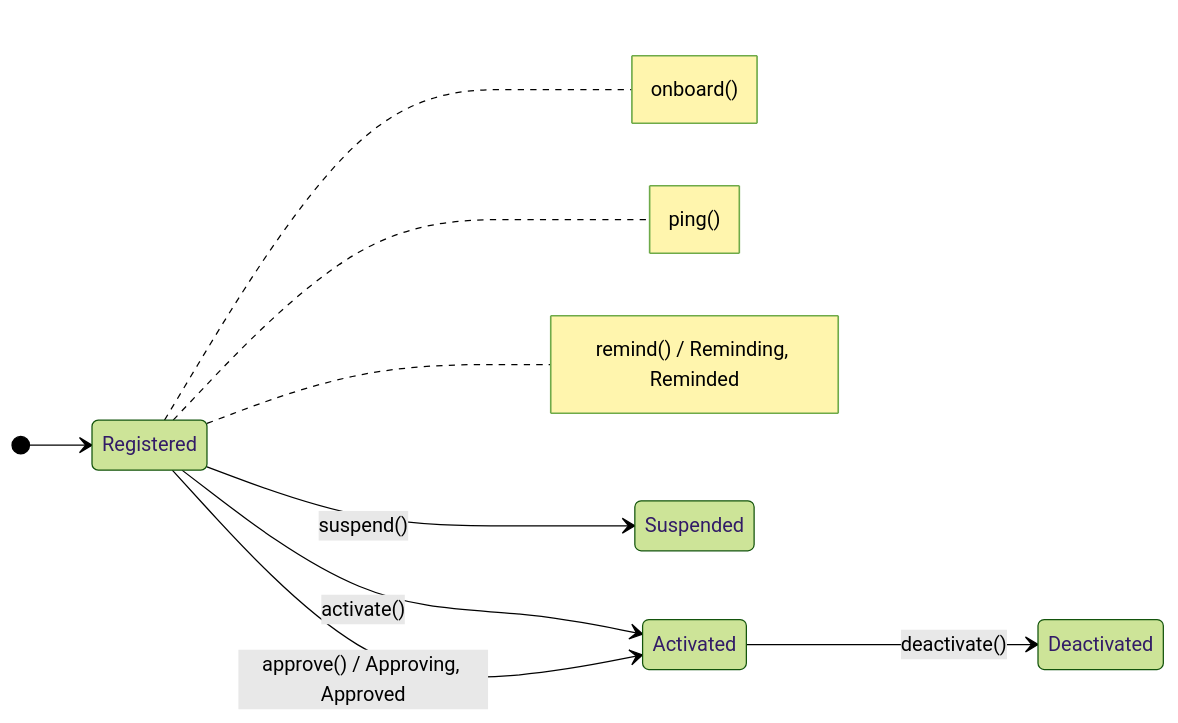
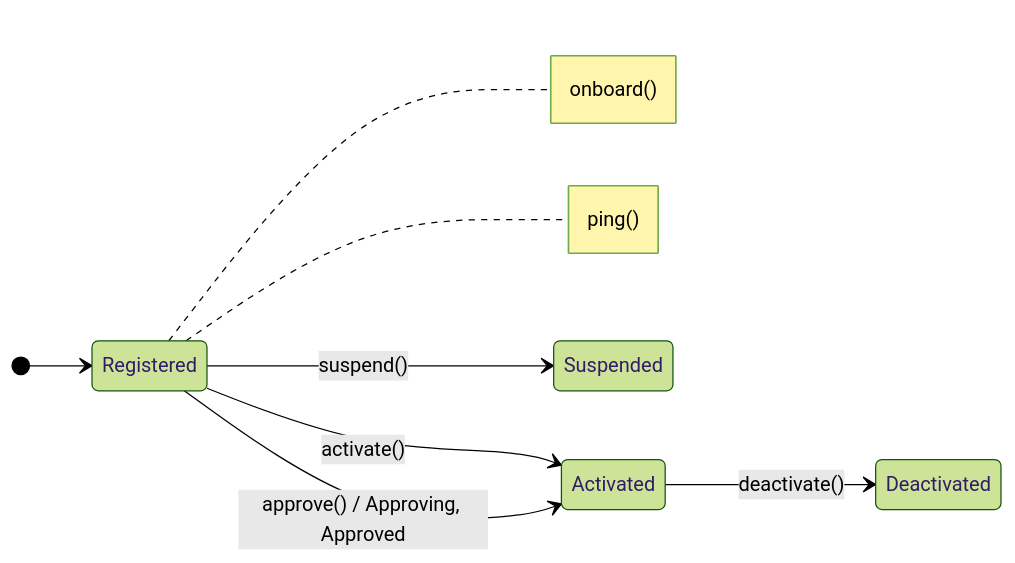
The second of 2 diagrams in README.md (AryeoHQ/eloquent-state-machines), drawn with Mermaid (forest theme) before and after one commit. The commit also changed other lines of this file and 37 other files, not shown here.

````diff
--- a/README.md
+++ b/README.md
@@ -479,12 +479,11 @@
 ```mermaid
 stateDiagram-v2
     direction LR
     [*] --> Registered
     note right of Registered: onboard()
     note right of Registered: ping()
-    note right of Registered: remind() / Reminding, Reminded
     Registered --> Activated: activate()
     Registered --> Activated: approve() / Approving, Approved
     Registered --> Suspended: suspend()
     Activated --> Deactivated: deactivate()
 ```
````
